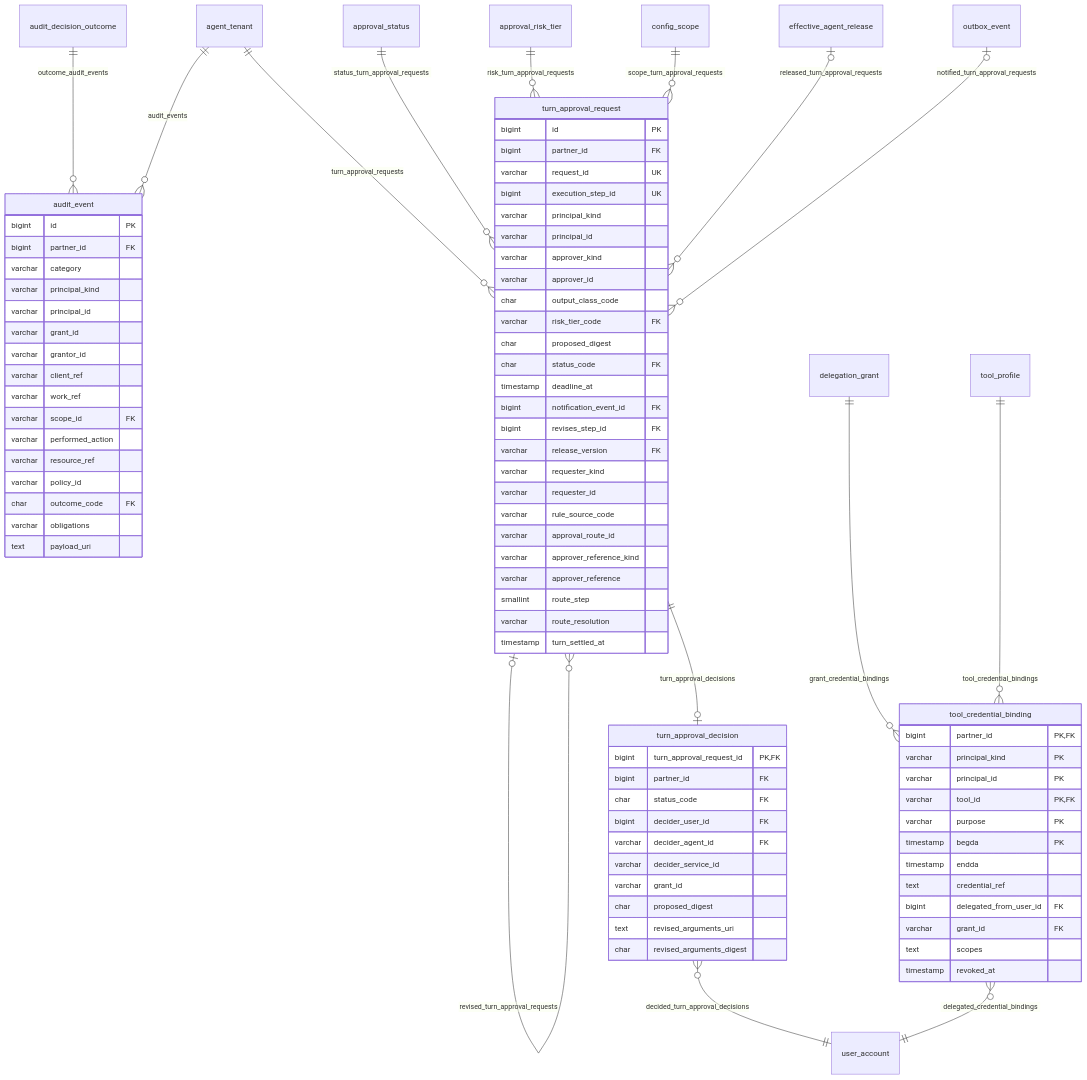
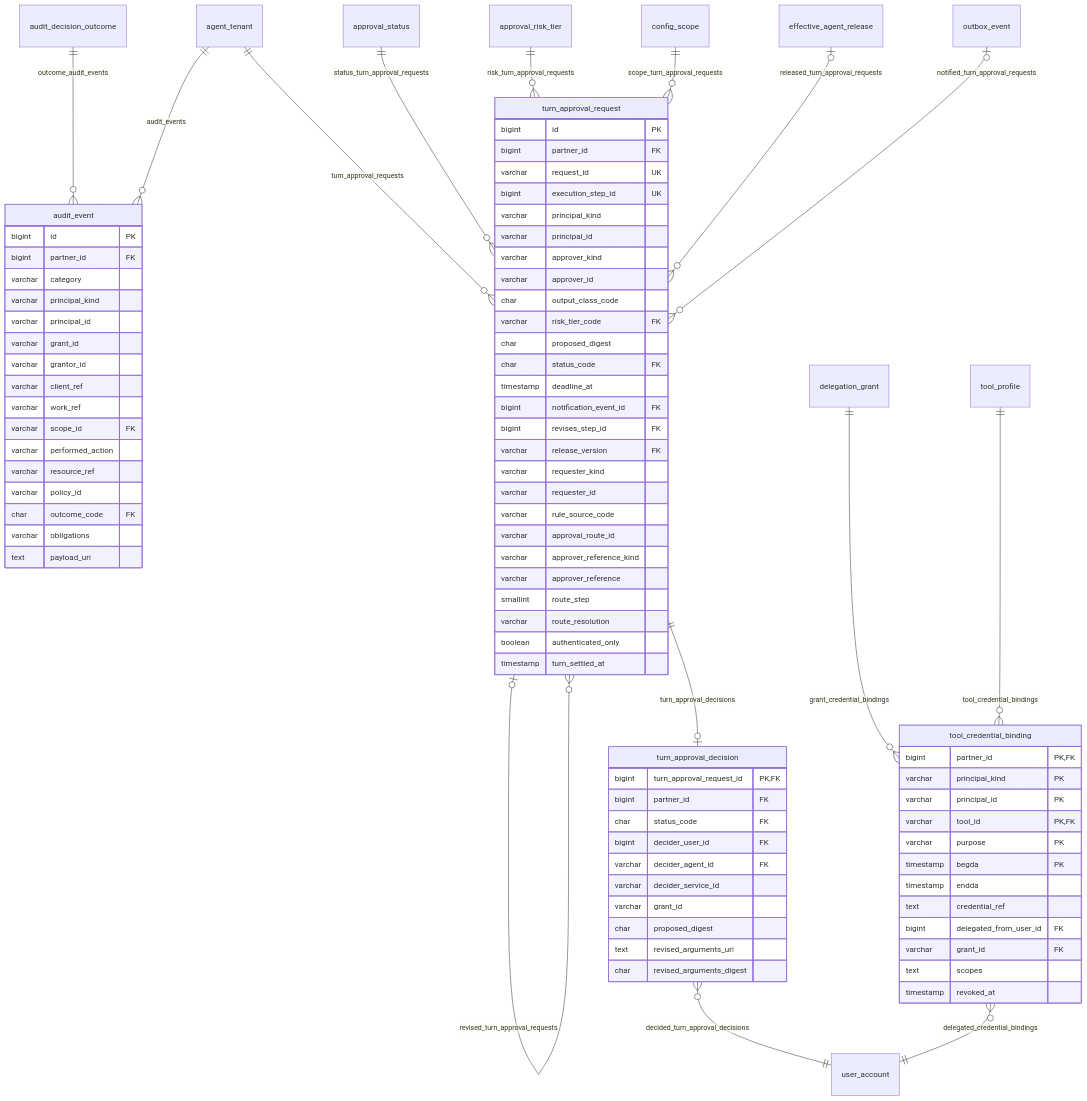
Before and after one commit to nauticana/scout: diagram 12 of 24 in doc/database.md, drawn with Mermaid. The commit also changed other lines of this file and 239 other files, not shown here.

Commit message:
keel 1.3.0 API JSON, Charter 1.6, authenticated-only routes, outcome settlement, working sets, assurance metrics

```diff
--- a/doc/database.md
+++ b/doc/database.md
@@ -1261,6 +1265,7 @@
         varchar approver_reference
         smallint route_step
         varchar route_resolution
+        boolean authenticated_only
         timestamp turn_settled_at
     }
     turn_approval_decision {
```
